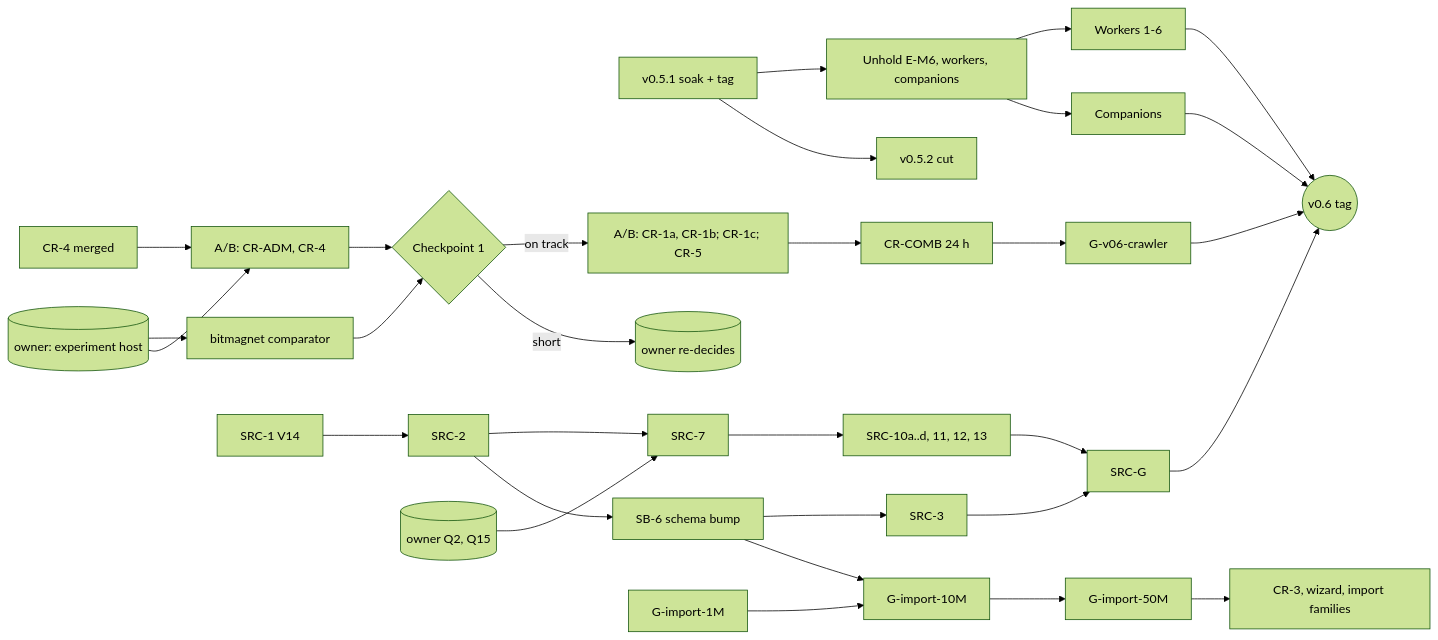
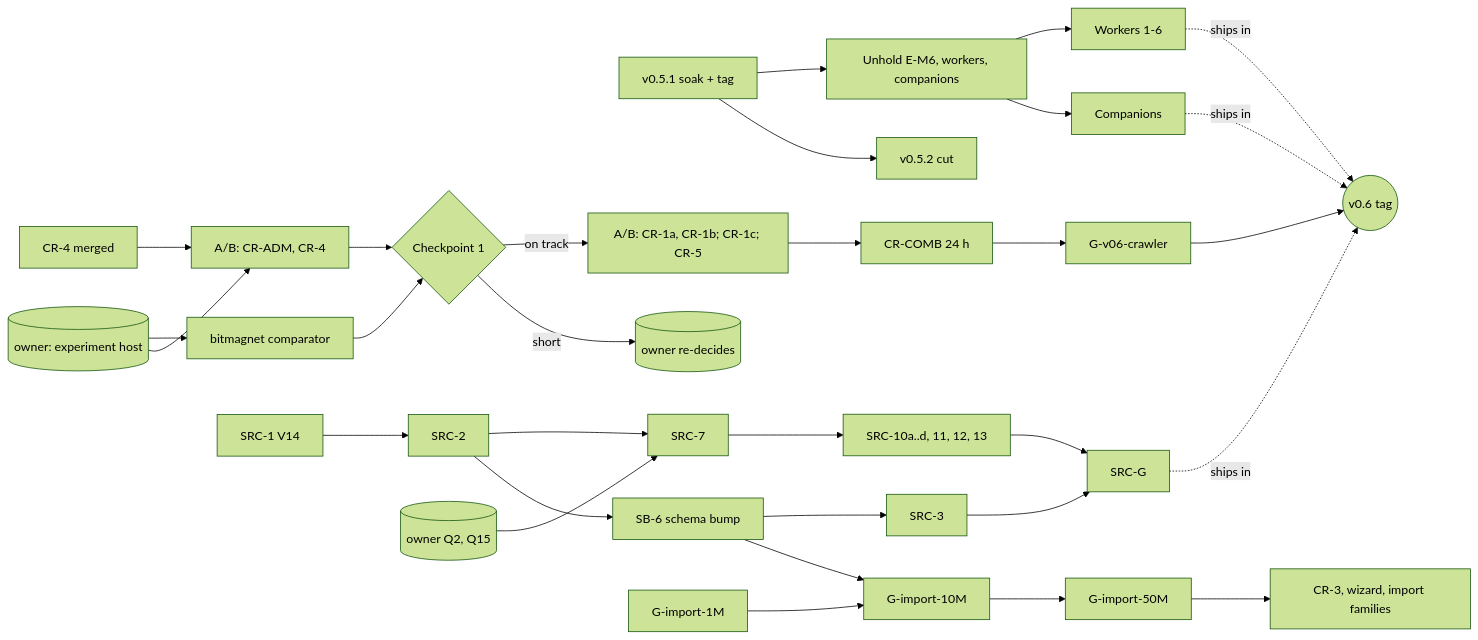
One commit to dvortsis/lodestar-v2 changed the diagram in docs/build-plan.md. Above: the diagram before and after it, drawn with Mermaid (forest theme). The commit also changed other lines of this file and 5 other files, not shown here.

````diff
--- a/docs/build-plan.md
+++ b/docs/build-plan.md
@@ -216,22 +216,22 @@
 ```mermaid
 flowchart LR
   R[v0.5.1 soak + tag] --> EP[Unhold E-M6, workers, companions]
   R --> V52[v0.5.2 cut]
   CR4[CR-4 merged] --> AB[A/B: CR-ADM, CR-4]
   HOST[(owner: experiment host)] --> COMP[bitmagnet comparator]
   HOST --> AB
   COMP --> CP1{Checkpoint 1}
   AB --> CP1
   CP1 -->|on track| AB2[A/B: CR-1a, CR-1b; CR-1c; CR-5] --> COMB[CR-COMB 24 h] --> G6C[G-v06-crawler]
   CP1 -->|short| OWN[(owner re-decides)]
   SRC1[SRC-1 V14] --> SRC2[SRC-2] --> SRC7[SRC-7]
   Q[(owner Q2, Q15)] --> SRC7
   SRC7 --> SRC10[SRC-10a..d, 11, 12, 13] --> SRCG[SRC-G]
   SRC2 --> SB6[SB-6 schema bump] --> SRC3[SRC-3] --> SRCG
   SB6 --> I10[G-import-10M]
   I1[G-import-1M] --> I10 --> I50[G-import-50M] --> CR3[CR-3, wizard, import families]
-  EP --> W[Workers 1-6] --> V06
+  EP --> W[Workers 1-6] -.ships in.-> V06
   G6C --> V06((v0.6 tag))
-  SRCG --> V06
-  EP --> K[Companions] --> V06
+  SRCG -.ships in.-> V06
+  EP --> K[Companions] -.ships in.-> V06
 ```
````
